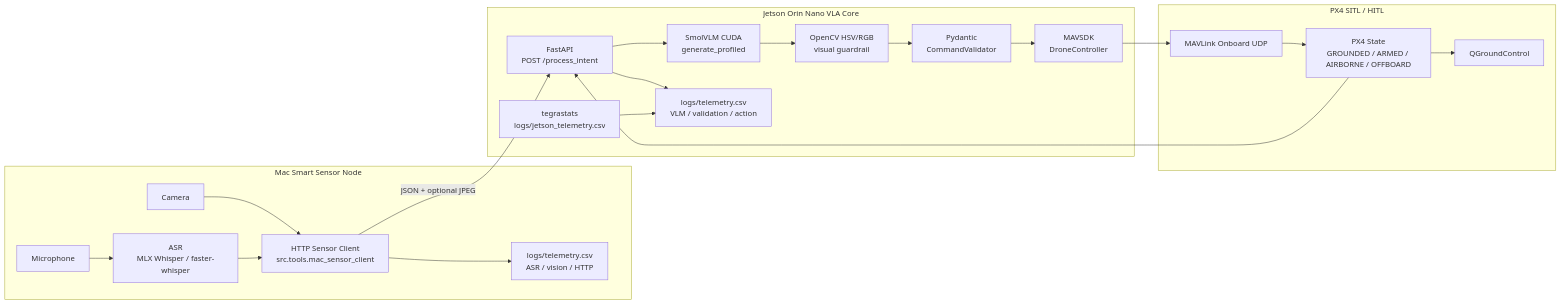
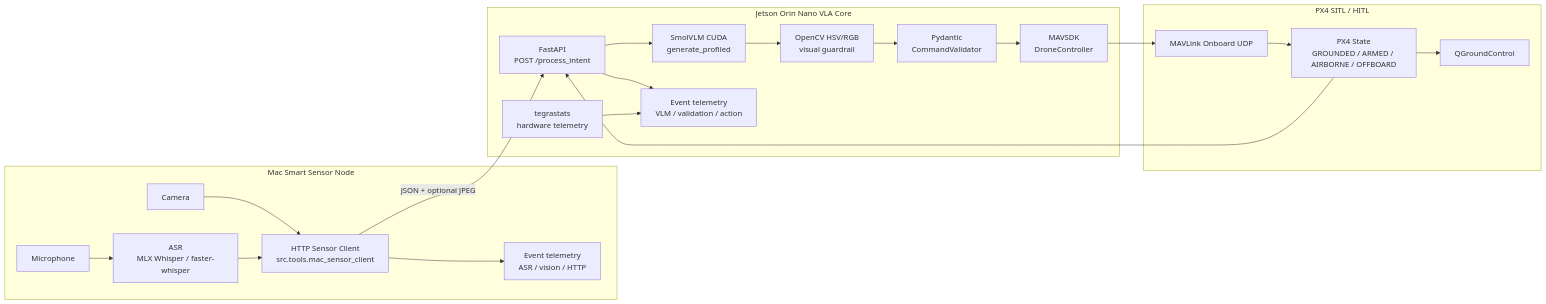
One commit to Blackhand01/Edge-VLA-Micro changed the diagram in ARCHITECTURE.md. Above: the diagram before and after it, drawn with Mermaid. The commit also changed other lines of this file and 40 other files, not shown here.

Commit message:
feat(edge): add Jetson telemetry, Qwen MLX profile, and demo docs

````diff
--- a/ARCHITECTURE.md
+++ b/ARCHITECTURE.md
@@ -227,42 +249,42 @@
 ```mermaid
 flowchart LR
     subgraph Mac["Mac Smart Sensor Node"]
         Mic["Microphone"]
         ASR["ASR<br/>MLX Whisper / faster-whisper"]
         Cam["Camera"]
         Client["HTTP Sensor Client<br/>src.tools.mac_sensor_client"]
-        MacLog["logs/telemetry.csv<br/>ASR / vision / HTTP"]
+        MacLog["Event telemetry<br/>ASR / vision / HTTP"]
     end
 
     subgraph Jetson["Jetson Orin Nano VLA Core"]
         API["FastAPI<br/>POST /process_intent"]
         VLM["SmolVLM CUDA<br/>generate_profiled"]
         Guard["OpenCV HSV/RGB<br/>visual guardrail"]
         Validator["Pydantic<br/>CommandValidator"]
         Controller["MAVSDK<br/>DroneController"]
-        JetsonLog["logs/telemetry.csv<br/>VLM / validation / action"]
-        Tegra["tegrastats<br/>logs/jetson_telemetry.csv"]
+        JetsonLog["Event telemetry<br/>VLM / validation / action"]
+        Tegra["tegrastats<br/>hardware telemetry"]
     end
 
     subgraph PX4["PX4 SITL / HITL"]
         MAVLink["MAVLink Onboard UDP"]
         State["PX4 State<br/>GROUNDED / ARMED / AIRBORNE / OFFBOARD"]
         QGC["QGroundControl"]
     end
 
     Mic --> ASR
     Cam --> Client
     ASR --> Client
     Client -->|JSON + optional JPEG| API
     Client --> MacLog
     API --> VLM
     VLM --> Guard
     Guard --> Validator
     Validator --> Controller
     Controller --> MAVLink
     MAVLink --> State
     State --> API
     State --> QGC
     API --> JetsonLog
     Tegra --> JetsonLog
 ```
````
